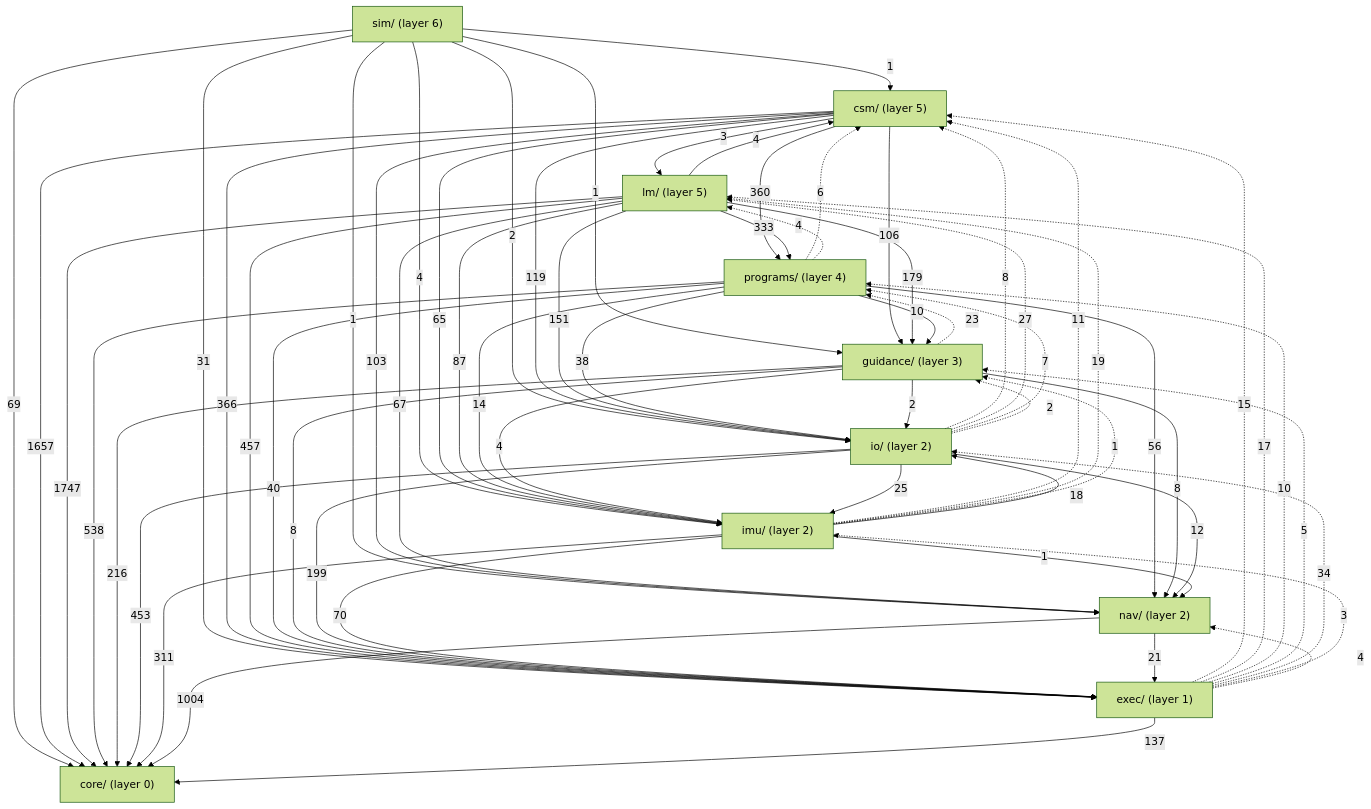
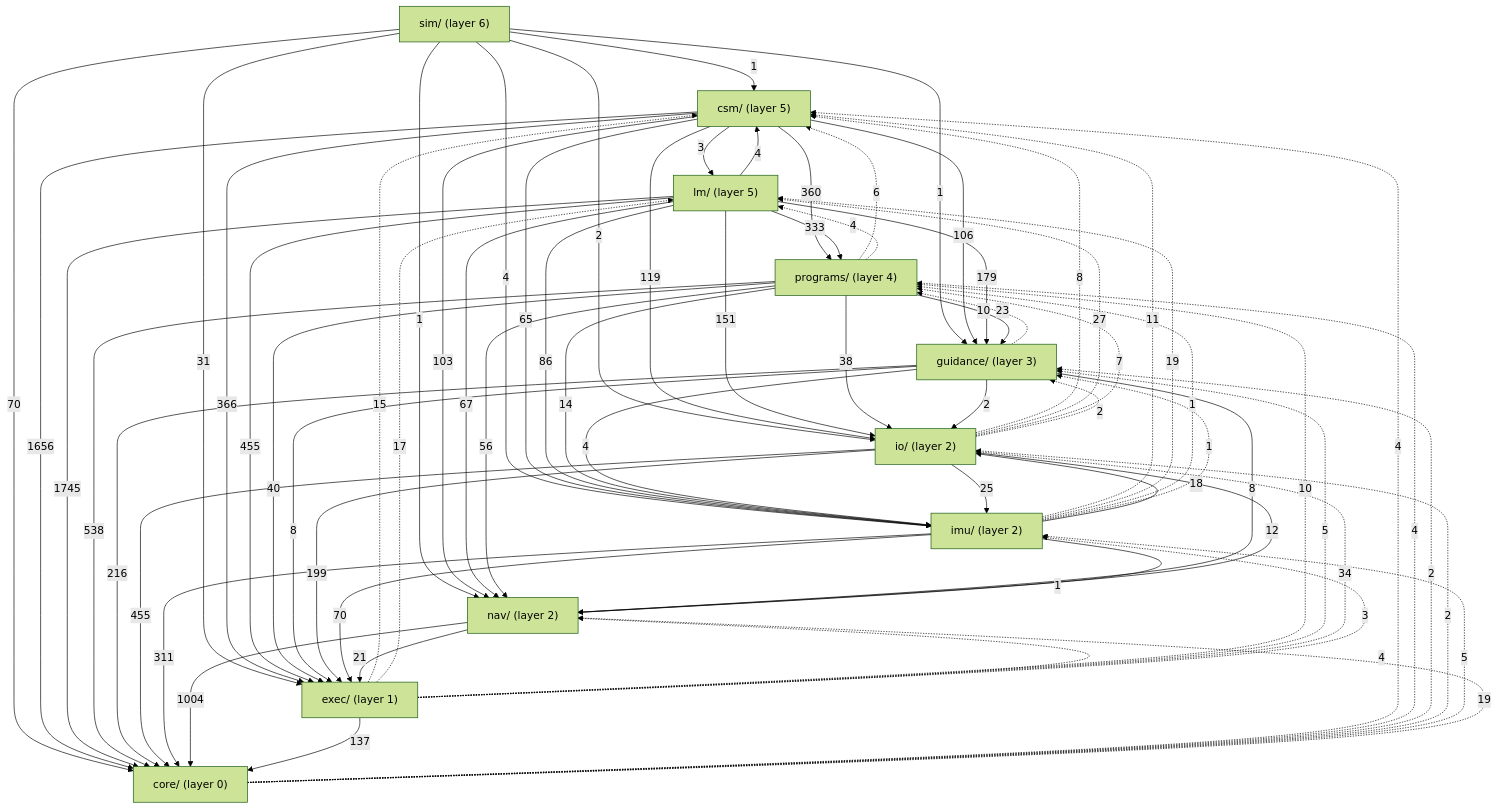
The second of 5 diagrams in docs/overview/README.md (bobjoe400/apollo-c), drawn with Mermaid (forest theme) before and after one commit. The commit also changed other lines of this file and 67 other files, not shown here.

First line of the commit message:
document: program-flow sections in every lane note, TIPS by topic, README Status/Documentation, overview and xref regenerated

````diff
--- a/docs/overview/README.md
+++ b/docs/overview/README.md
@@ -306,75 +306,82 @@
 ```mermaid
 flowchart TB
     sim["sim/ (layer 6)"]
     csm["csm/ (layer 5)"]
     lm["lm/ (layer 5)"]
     programs["programs/ (layer 4)"]
     guidance["guidance/ (layer 3)"]
     io["io/ (layer 2)"]
     imu["imu/ (layer 2)"]
     nav["nav/ (layer 2)"]
     exec["exec/ (layer 1)"]
     core["core/ (layer 0)"]
     sim -->|1| csm
     sim -->|1| guidance
     sim -->|2| io
     sim -->|4| imu
     sim -->|1| nav
     sim -->|31| exec
-    sim -->|69| core
+    sim -->|70| core
     csm -->|3| lm
     csm -->|360| programs
     csm -->|106| guidance
     csm -->|119| io
     csm -->|65| imu
     csm -->|103| nav
     csm -->|366| exec
-    csm -->|1657| core
+    csm -->|1656| core
     lm -->|4| csm
     lm -->|333| programs
     lm -->|179| guidance
     lm -->|151| io
-    lm -->|87| imu
+    lm -->|86| imu
     lm -->|67| nav
-    lm -->|457| exec
-    lm -->|1747| core
+    lm -->|455| exec
+    lm -->|1745| core
     programs -.->|6| csm
     programs -.->|4| lm
     programs -->|10| guidance
     programs -->|38| io
     programs -->|14| imu
     programs -->|56| nav
     programs -->|40| exec
     programs -->|538| core
     guidance -.->|23| programs
     guidance -->|2| io
     guidance -->|4| imu
     guidance -->|8| nav
     guidance -->|8| exec
     guidance -->|216| core
     io -.->|8| csm
     io -.->|27| lm
     io -.->|7| programs
     io -.->|2| guidance
     io -->|25| imu
     io -->|12| nav
     io -->|199| exec
-    io -->|453| core
+    io -->|455| core
     imu -.->|11| csm
     imu -.->|19| lm
+    imu -.->|1| programs
     imu -.->|1| guidance
     imu -->|18| io
     imu -->|1| nav
     imu -->|70| exec
     imu -->|311| core
     nav -->|21| exec
     nav -->|1004| core
     exec -.->|15| csm
     exec -.->|17| lm
     exec -.->|10| programs
     exec -.->|5| guidance
     exec -.->|34| io
     exec -.->|3| imu
     exec -.->|4| nav
     exec -->|137| core
+    core -.->|4| csm
+    core -.->|4| programs
+    core -.->|2| guidance
+    core -.->|2| io
+    core -.->|5| imu
+    core -.->|19| nav
 ```
````
